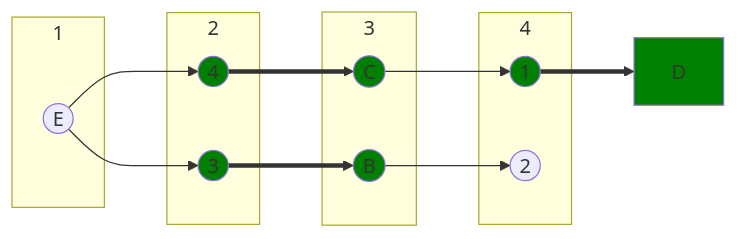
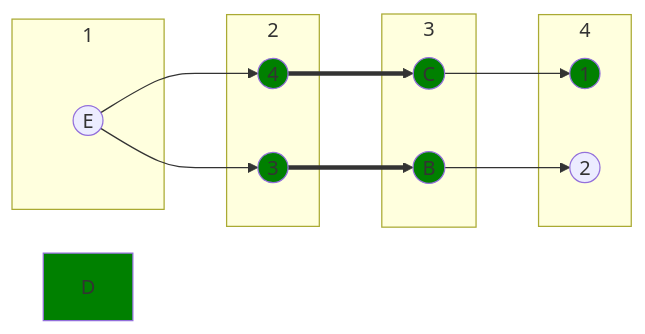
The fourth of 7 diagrams in Задание 8/girls.md (algos-ris-24-3/manual-tasks), drawn with Mermaid before and after one commit.

Commit message:
girls.md

````diff
--- a/Задание 8/girls.md
+++ b/Задание 8/girls.md
@@ -146,28 +146,28 @@
 ```mermaid
 graph LR
     subgraph " 1 "
         E((E))
     end
     subgraph " 2 "
         3((3))
         4((4))
     end
     subgraph " 3 "
         B((B))
         C((C))
     end
     subgraph " 4 "
         2((2))
         1((1))
     end
     
     E --> 3 ==> B --> 2
-    E --> 4 ==> C --> 1 ==> D
+    E --> 4 ==> C --> 1 
 
     style 3 fill:#008000
     style 4 fill:#008000
     style 1 fill:#008000
     style C fill:#008000
     style B fill:#008000
     style D fill:#008000
 ```
````
